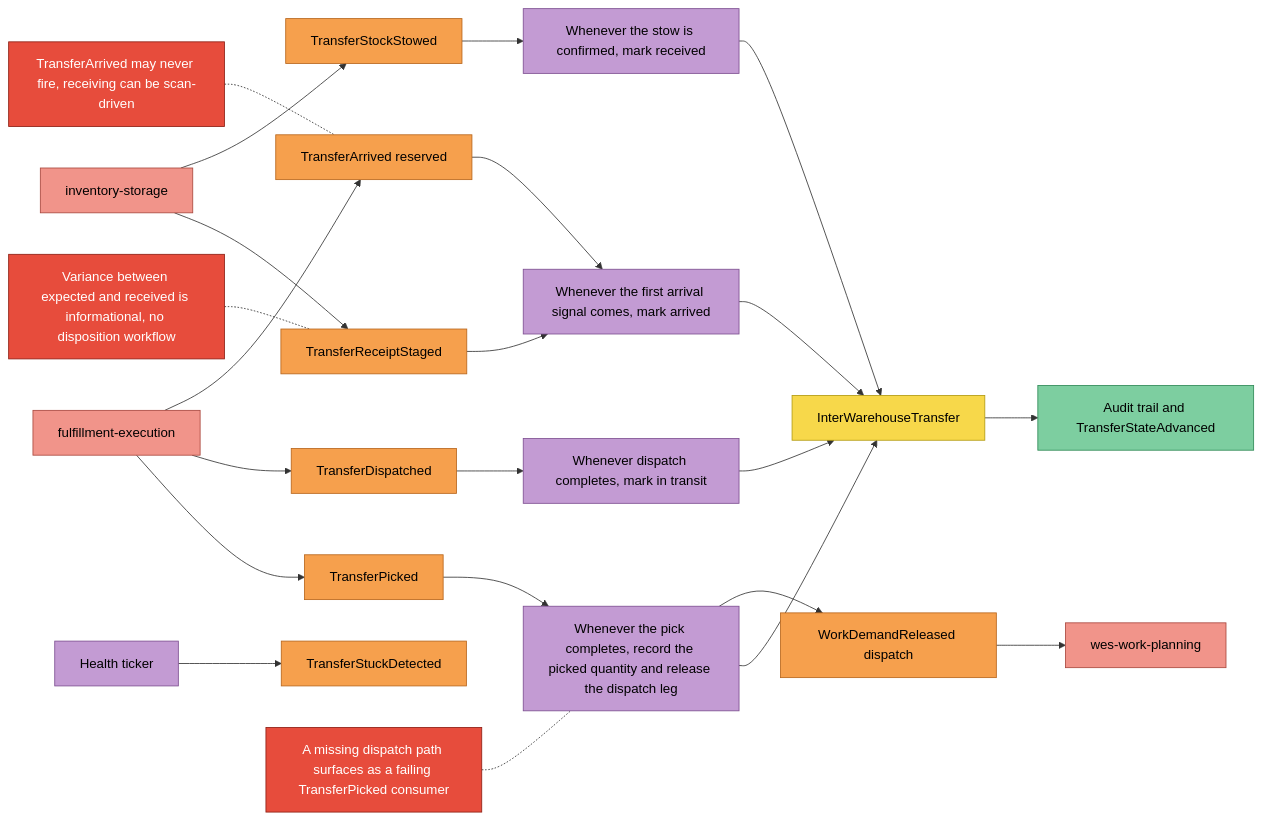
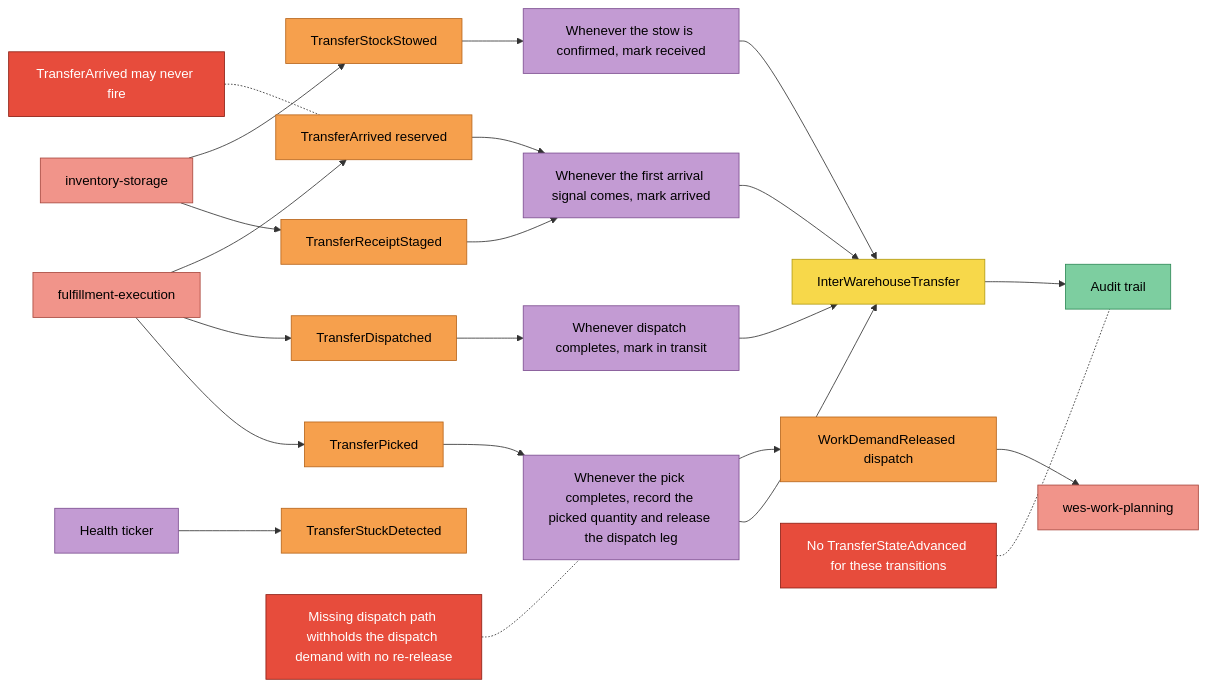
Before and after one commit to IQVO/warehouse-docs: the fourth of 4 diagrams in docs/contexts/network-inventory-planning/eventstorming.md, drawn with Mermaid. The commit also changed other lines of this file and 115 other files, not shown here.

````diff
--- a/docs/contexts/network-inventory-planning/eventstorming.md
+++ b/docs/contexts/network-inventory-planning/eventstorming.md
@@ -125,34 +108,30 @@
 ```mermaid
 flowchart LR
   FE[fulfillment-execution]:::external --> E1[TransferPicked]:::event
   E1 --> P1[Whenever the pick completes, record the picked quantity and release the dispatch leg]:::policy
   P1 --> G1[InterWarehouseTransfer]:::aggregate
   P1 --> E2[WorkDemandReleased dispatch]:::event
   E2 --> X1[wes-work-planning]:::external
   FE --> E3[TransferDispatched]:::event
   E3 --> P2[Whenever dispatch completes, mark in transit]:::policy
   P2 --> G1
   INV[inventory-storage]:::external --> E4[TransferReceiptStaged]:::event
   FE --> E5[TransferArrived reserved]:::event
   E4 --> P3[Whenever the first arrival signal comes, mark arrived]:::policy
   E5 --> P3
   P3 --> G1
   INV --> E6[TransferStockStowed]:::event
   E6 --> P4[Whenever the stow is confirmed, mark received]:::policy
   P4 --> G1
-
-  G1 --> R1[Audit trail and TransferStateAdvanced]:::readmodel
+  G1 --> R1[Audit trail]:::readmodel
   T1[Health ticker]:::policy --> E7[TransferStuckDetected]:::event
-  H1[TransferArrived may never fire, receiving can be scan-driven]:::hotspot -.- E5
-  H2[Variance between expected and received is informational, no disposition workflow]:::hotspot -.- E4
-  H3[A missing dispatch path surfaces as a failing TransferPicked consumer]:::hotspot -.- P1
-
-  classDef actor fill:#fff7a8,stroke:#b8a400,color:#000,font-size:11px
-  classDef command fill:#4aa3df,stroke:#1f6fa3,color:#fff
+  H1[TransferArrived may never fire]:::hotspot -.- E5
+  H2[No TransferStateAdvanced for these transitions]:::hotspot -.- R1
+  H3[Missing dispatch path withholds the dispatch demand with no re-release]:::hotspot -.- P1
   classDef aggregate fill:#f7d84a,stroke:#b39b12,color:#000
   classDef event fill:#f6a04d,stroke:#b8661c,color:#000
   classDef policy fill:#c39bd3,stroke:#7d4f91,color:#000
   classDef readmodel fill:#7dcea0,stroke:#2f8a57,color:#000
   classDef external fill:#f1948a,stroke:#a9483e,color:#000
   classDef hotspot fill:#e74c3c,stroke:#8e1f14,color:#fff
 ```
````
